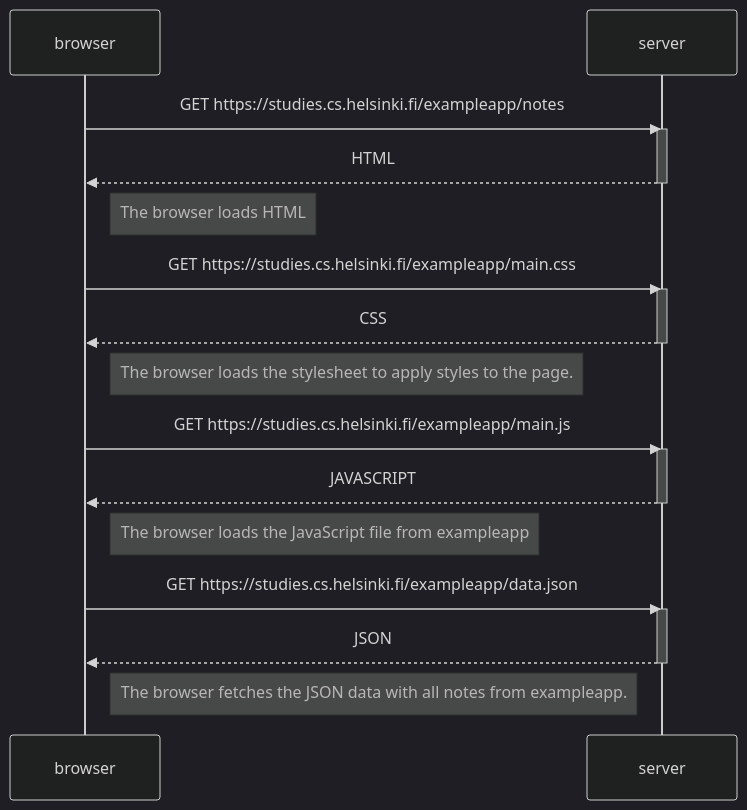
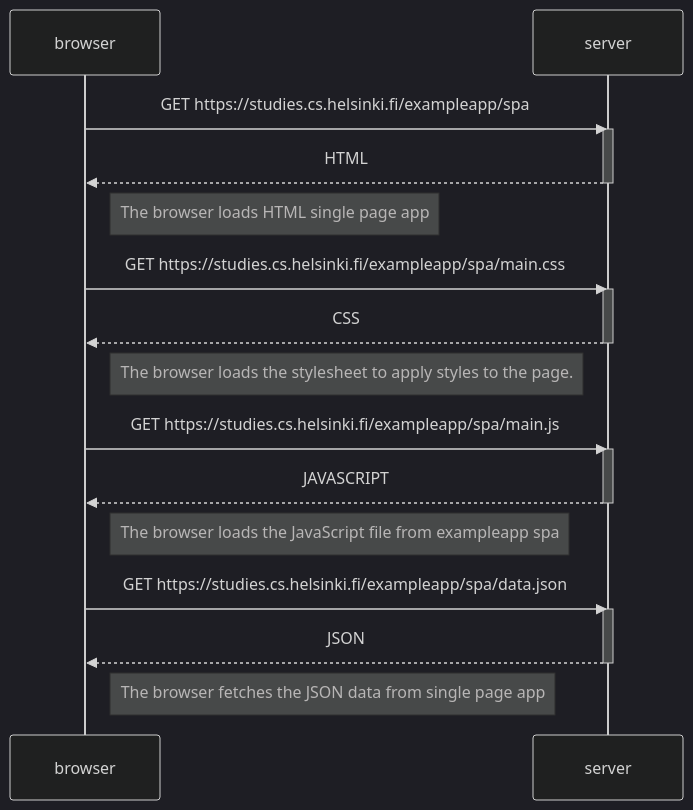
The diagram in part0/0.5-single-page-app.md (jenniferbatacan/Full-Stack-Open), drawn with Mermaid (dark theme) before and after one commit.

````diff
--- a/part0/0.5-single-page-app.md
+++ b/part0/0.5-single-page-app.md
@@ -1,30 +1,30 @@
 ```mermaid
 sequenceDiagram
-    browser->>server: GET https://studies.cs.helsinki.fi/exampleapp/notes
+    browser->>server: GET https://studies.cs.helsinki.fi/exampleapp/spa
     activate server
     server-->>browser: HTML
     deactivate server
 
-    Note right of browser: The browser loads HTML 
+    Note right of browser: The browser loads HTML single page app
 
-    browser->>server: GET https://studies.cs.helsinki.fi/exampleapp/main.css
+    browser->>server: GET https://studies.cs.helsinki.fi/exampleapp/spa/main.css
     activate server
     server-->>browser: CSS
     deactivate server
 
     Note right of browser: The browser loads the stylesheet to apply styles to the page.
 
-    browser->>server: GET https://studies.cs.helsinki.fi/exampleapp/main.js
+    browser->>server: GET https://studies.cs.helsinki.fi/exampleapp/spa/main.js
     activate server
     server-->>browser: JAVASCRIPT
     deactivate server
 
-    Note right of browser: The browser loads the JavaScript file from exampleapp
+    Note right of browser: The browser loads the JavaScript file from exampleapp spa
 
-    browser->>server: GET https://studies.cs.helsinki.fi/exampleapp/data.json
+    browser->>server: GET https://studies.cs.helsinki.fi/exampleapp/spa/data.json
     activate server
     server-->>browser: JSON
     deactivate server
 
-    Note right of browser: The browser fetches the JSON data with all notes from exampleapp. 
+    Note right of browser: The browser fetches the JSON data from single page app
 ```
````
